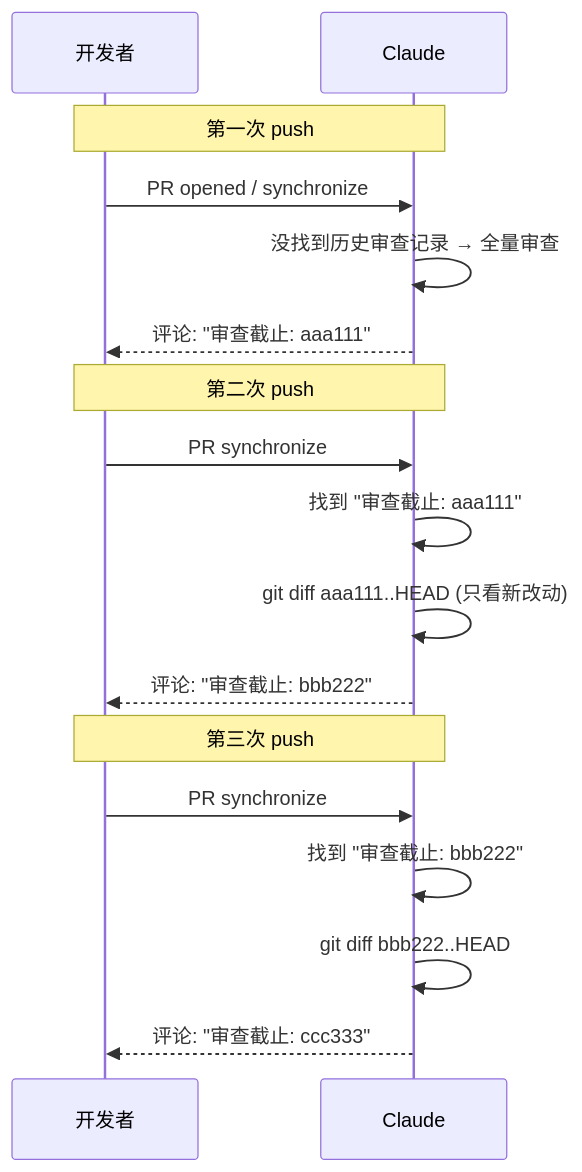
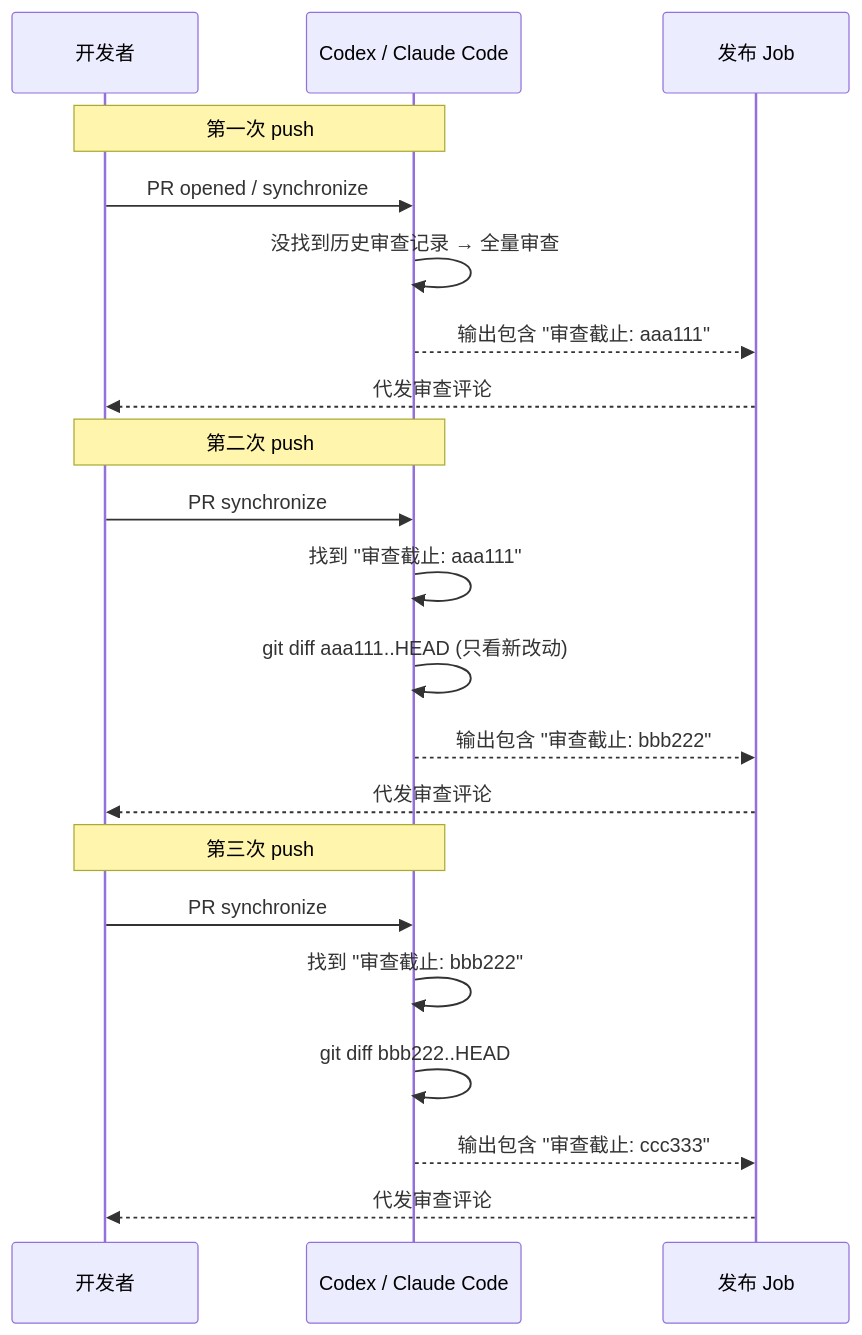
The sixth of 13 diagrams in docs/code-review-design.md (Lightspeed-Intelligence/agentic-workflow-template), drawn with Mermaid before and after one commit. The commit also changed other lines of this file and 3 other files, not shown here.

````diff
--- a/docs/code-review-design.md
+++ b/docs/code-review-design.md
@@ -181,22 +191,26 @@
 ```mermaid
 sequenceDiagram
     participant Dev as 开发者
-    participant AI as Claude
+    participant AI as Codex / Claude Code
+    participant Pub as 发布 Job
 
     Note over Dev,AI: 第一次 push
     Dev->>AI: PR opened / synchronize
     AI->>AI: 没找到历史审查记录 → 全量审查
-    AI-->>Dev: 评论: "审查截止: aaa111"
+    AI-->>Pub: 输出包含 "审查截止: aaa111"
+    Pub-->>Dev: 代发审查评论
 
     Note over Dev,AI: 第二次 push
     Dev->>AI: PR synchronize
     AI->>AI: 找到 "审查截止: aaa111"
     AI->>AI: git diff aaa111..HEAD (只看新改动)
-    AI-->>Dev: 评论: "审查截止: bbb222"
+    AI-->>Pub: 输出包含 "审查截止: bbb222"
+    Pub-->>Dev: 代发审查评论
 
     Note over Dev,AI: 第三次 push
     Dev->>AI: PR synchronize
     AI->>AI: 找到 "审查截止: bbb222"
     AI->>AI: git diff bbb222..HEAD
-    AI-->>Dev: 评论: "审查截止: ccc333"
+    AI-->>Pub: 输出包含 "审查截止: ccc333"
+    Pub-->>Dev: 代发审查评论
 ```
````
